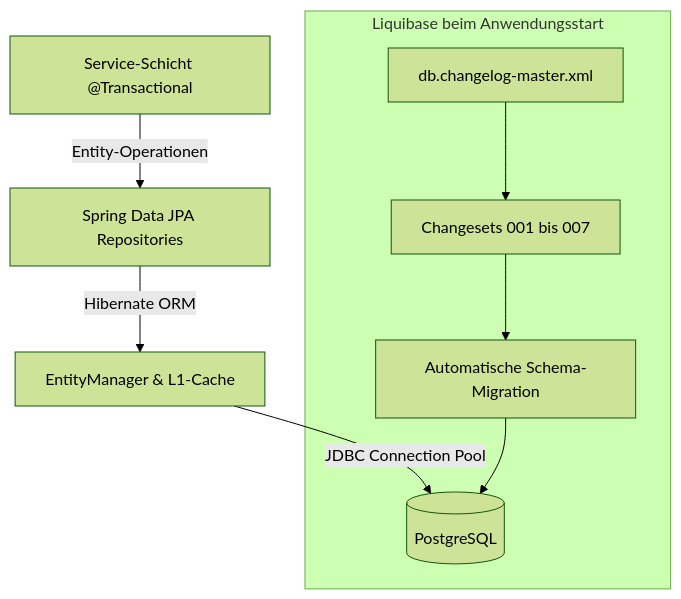
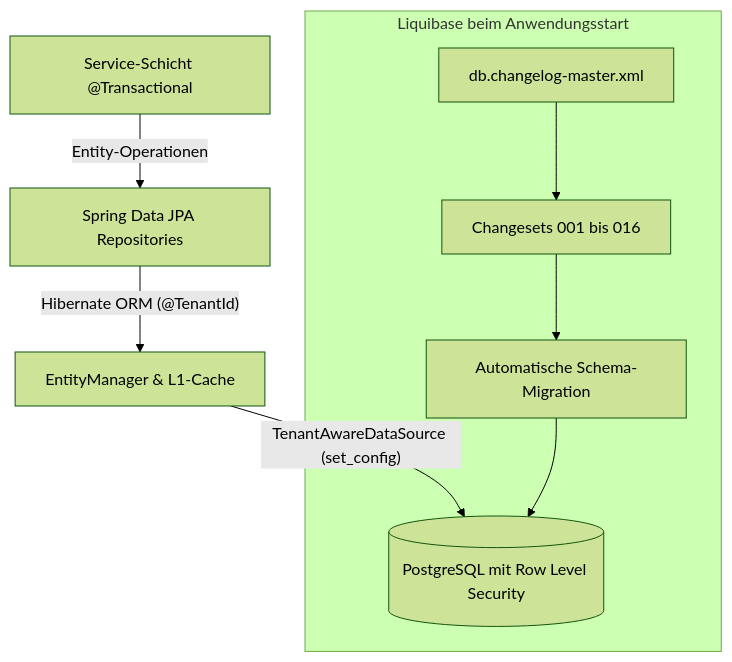
The diagram in docs/baseservice/04-persistence-and-migrations.md (damaurer/vereint), drawn with Mermaid (forest theme) before and after one commit. The commit also changed other lines of this file and 90 other files, not shown here.

````diff
--- a/docs/baseservice/04-persistence-and-migrations.md
+++ b/docs/baseservice/04-persistence-and-migrations.md
@@ -15,12 +15,12 @@
 ```mermaid
 graph TD
   Svc[Service-Schicht @Transactional] -->|Entity-Operationen| Repo[Spring Data JPA Repositories]
-  Repo -->|Hibernate ORM| JPA[EntityManager & L1-Cache]
-  JPA -->|JDBC Connection Pool| PG[(PostgreSQL)]
+  Repo -->|"Hibernate ORM (@TenantId)"| JPA[EntityManager & L1-Cache]
+  JPA -->|"TenantAwareDataSource (set_config)"| PG[(PostgreSQL mit Row Level Security)]
 
   subgraph LiquibaseStartup["Liquibase beim Anwendungsstart"]
-    Master[db.changelog-master.xml] --> Changes["Changesets 001 bis 007"]
+    Master[db.changelog-master.xml] --> Changes["Changesets 001 bis 016"]
     Changes --> SchemaUpdate[Automatische Schema-Migration]
     SchemaUpdate --> PG
   end
 ```
````
